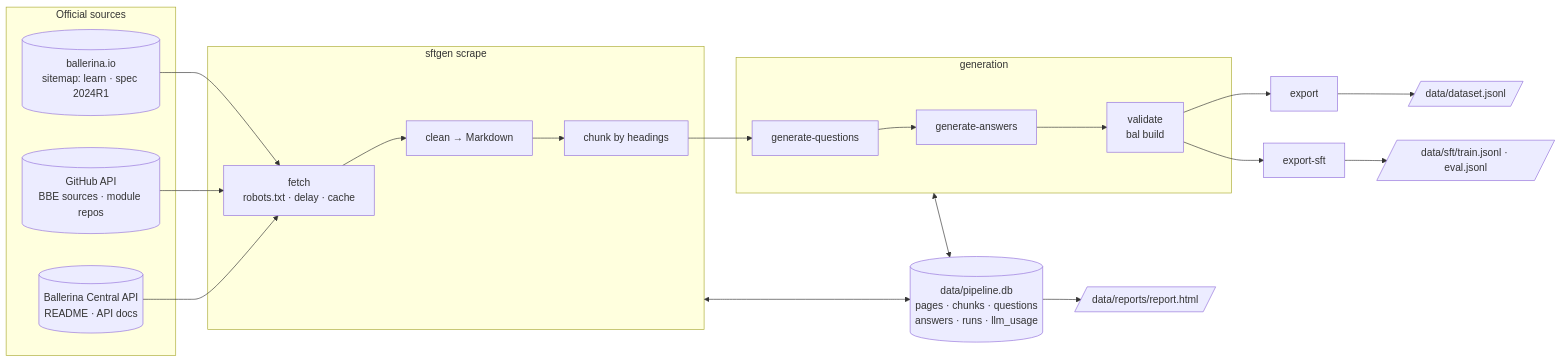
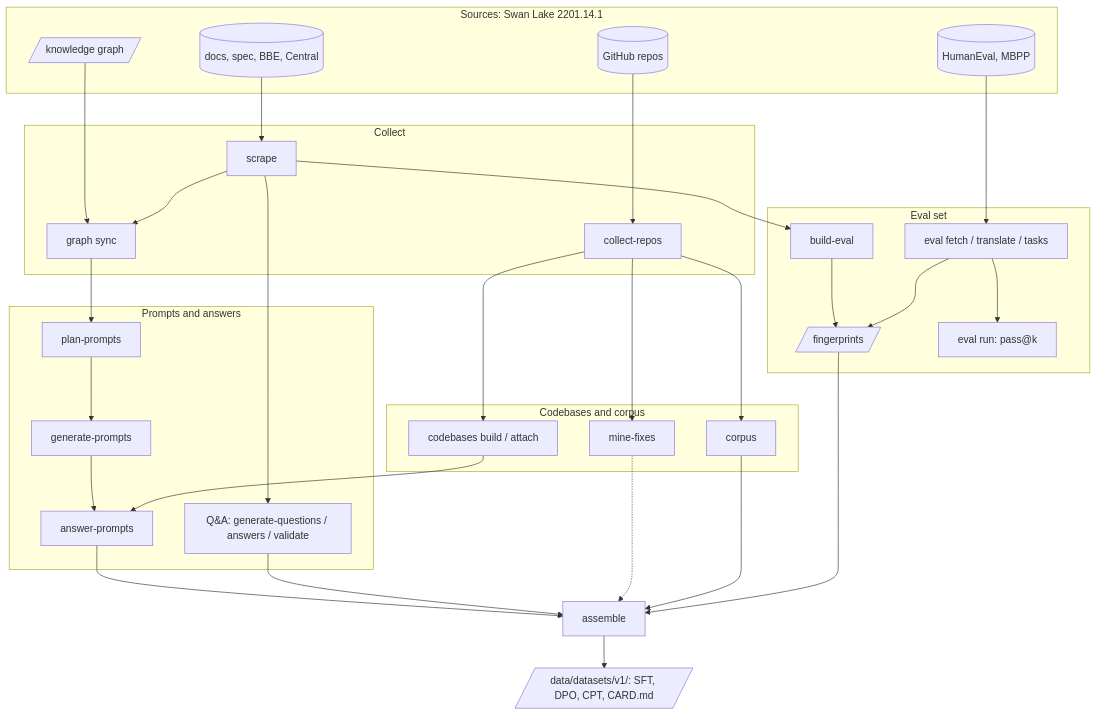
One commit to sajith-jeewantha/ballerina-sft-dataset-pipeline changed the first of 2 diagrams in README.md. Above: the diagram before and after it, drawn with Mermaid. The commit also changed other lines of this file and 15 other files, not shown here.

````diff
--- a/README.md
+++ b/README.md
@@ -42,28 +55,50 @@
 ```mermaid
-flowchart LR
-    subgraph SRC["Official sources"]
-        IO[("ballerina.io<br/>sitemap: learn · spec 2024R1")]
-        GH[("GitHub API<br/>BBE sources · module repos")]
-        CEN[("Ballerina Central API<br/>README · API docs")]
+flowchart TB
+    subgraph SRC["Sources: Swan Lake 2201.14.1"]
+        DOCS[("docs, spec, BBE, Central")]
+        REPOS[("GitHub repos")]
+        KG[/"knowledge graph"/]
+        BENCH[("HumanEval, MBPP")]
     end
-
-    subgraph SCRAPE["sftgen scrape"]
-        F[fetch<br/>robots.txt · delay · cache] --> C[clean → Markdown] --> K[chunk by headings]
+    subgraph COLLECT["Collect"]
+        SC["scrape"]
+        CR["collect-repos"]
+        GS["graph sync"]
     end
-
-    subgraph GEN["generation"]
-        Q[generate-questions] --> A[generate-answers] --> V[validate<br/>bal build]
+    subgraph EVAL["Eval set"]
+        BE["build-eval"]
+        EV["eval fetch / translate / tasks"]
+        FP[/"fingerprints"/]
+        RUN["eval run: pass@k"]
     end
-
-    IO & GH & CEN --> F
-    K --> Q
-    V --> E[export]
-    V --> ES[export-sft]
-    E --> OUT[/"data/dataset.jsonl"/]
-    ES --> SFT[/"data/sft/train.jsonl · eval.jsonl"/]
-
-    DB[("data/pipeline.db<br/>pages · chunks · questions<br/>answers · runs · llm_usage")]
-    SCRAPE <--> DB
-    GEN <--> DB
-    DB --> R[/"data/reports/report.html"/]
+    subgraph CODE["Codebases and corpus"]
+        CB["codebases build / attach"]
+        CO["corpus"]
+        MF["mine-fixes"]
+    end
+    subgraph GEN["Prompts and answers"]
+        PP["plan-prompts"] --> GP["generate-prompts"] --> AP["answer-prompts"]
+        QA["Q&A: generate-questions / answers / validate"]
+    end
+    DOCS --> SC
+    REPOS --> CR
+    KG --> GS
+    SC --> GS
+    SC --> BE
+    SC --> QA
+    BENCH --> EV
+    BE --> FP
+    EV --> FP
+    EV --> RUN
+    CR --> CB
+    CR --> CO
+    CR --> MF
+    GS --> PP
+    CB --> AP
+    AP --> AS["assemble"]
+    QA --> AS
+    MF -.-> AS
+    CO --> AS
+    FP --> AS
+    AS --> OUT[/"data/datasets/v1/: SFT, DPO, CPT, CARD.md"/]
 ```
````
